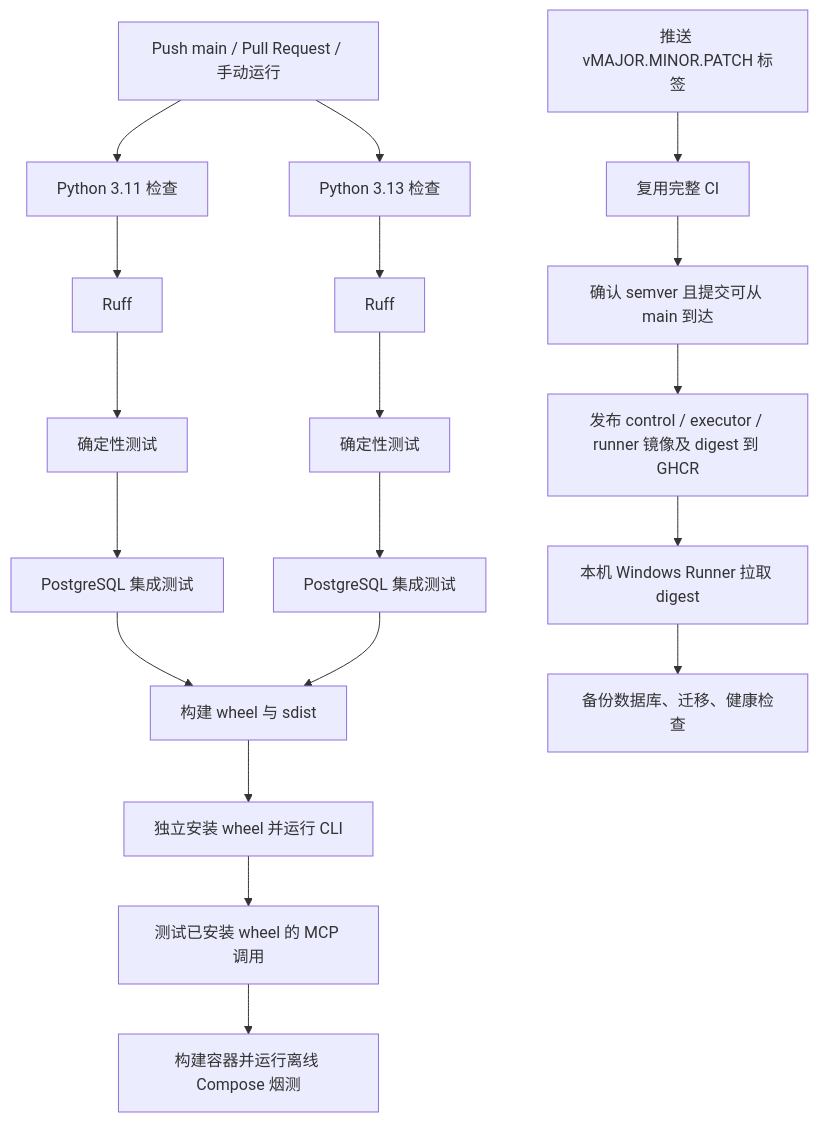
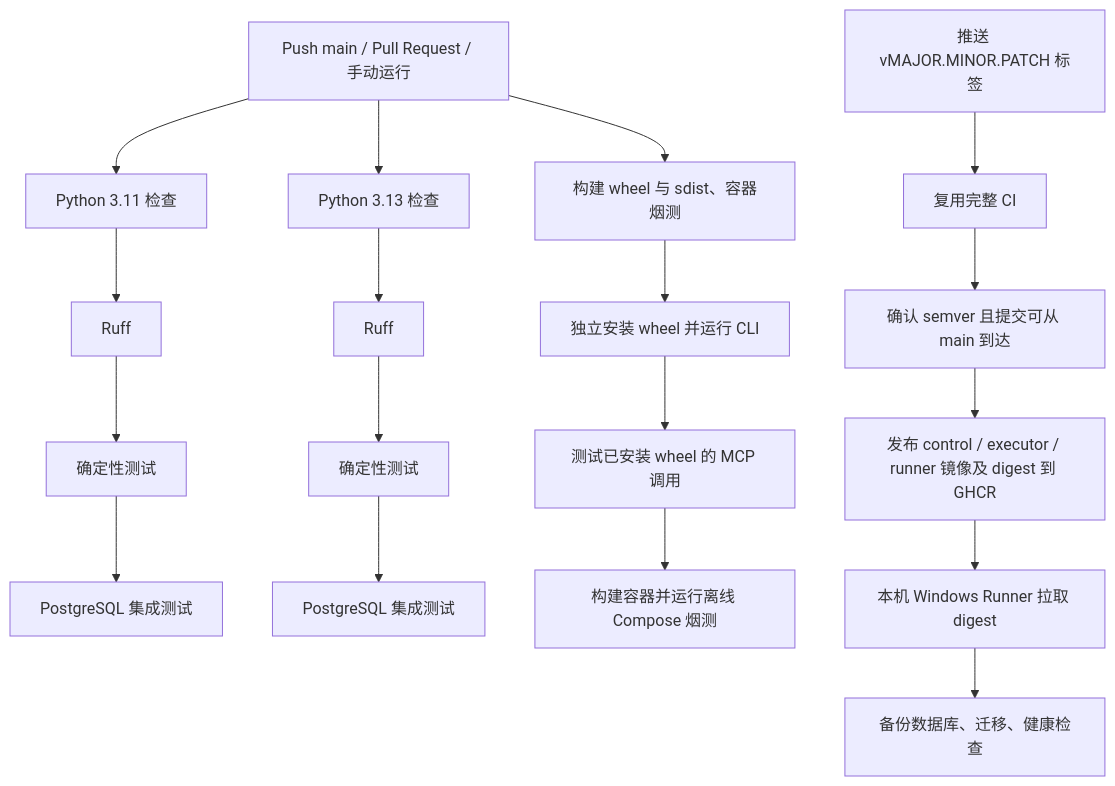
The diagram in generated/261016/CI-CD/1938_GitHub_Actions持续集成教程.md (shuaibilx/DecAgent), drawn with Mermaid before and after one commit. The commit also changed other lines of this file and 10 other files, not shown here.

````diff
--- a/generated/261016/CI-CD/1938_GitHub_Actions持续集成教程.md
+++ b/generated/261016/CI-CD/1938_GitHub_Actions持续集成教程.md
@@ -24,21 +24,20 @@
 ```mermaid
 flowchart TD
     A[Push main / Pull Request / 手动运行] --> B[Python 3.11 检查]
     A --> C[Python 3.13 检查]
     B --> B1[Ruff]
     B1 --> B2[确定性测试]
     B2 --> B3[PostgreSQL 集成测试]
     C --> C1[Ruff]
     C1 --> C2[确定性测试]
     C2 --> C3[PostgreSQL 集成测试]
-    B3 --> D[构建 wheel 与 sdist]
-    C3 --> D
+    A --> D[构建 wheel 与 sdist、容器烟测]
     D --> E[独立安装 wheel 并运行 CLI]
     E --> F[测试已安装 wheel 的 MCP 调用]
     F --> G[构建容器并运行离线 Compose 烟测]
     H[推送 vMAJOR.MINOR.PATCH 标签] --> I[复用完整 CI]
     I --> J[确认 semver 且提交可从 main 到达]
     J --> K[发布 control / executor / runner 镜像及 digest 到 GHCR]
     K --> L[本机 Windows Runner 拉取 digest]
     L --> M[备份数据库、迁移、健康检查]
 ```
````
